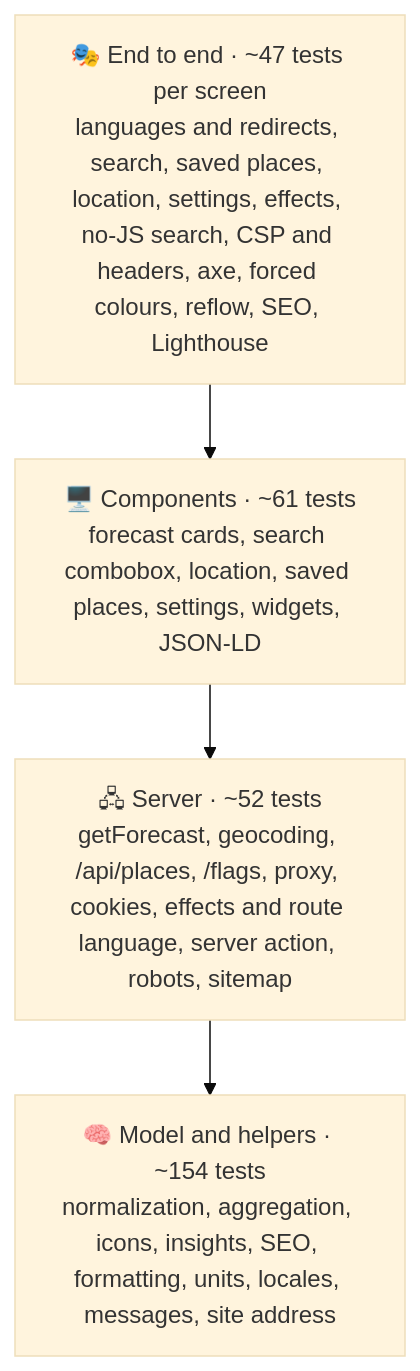
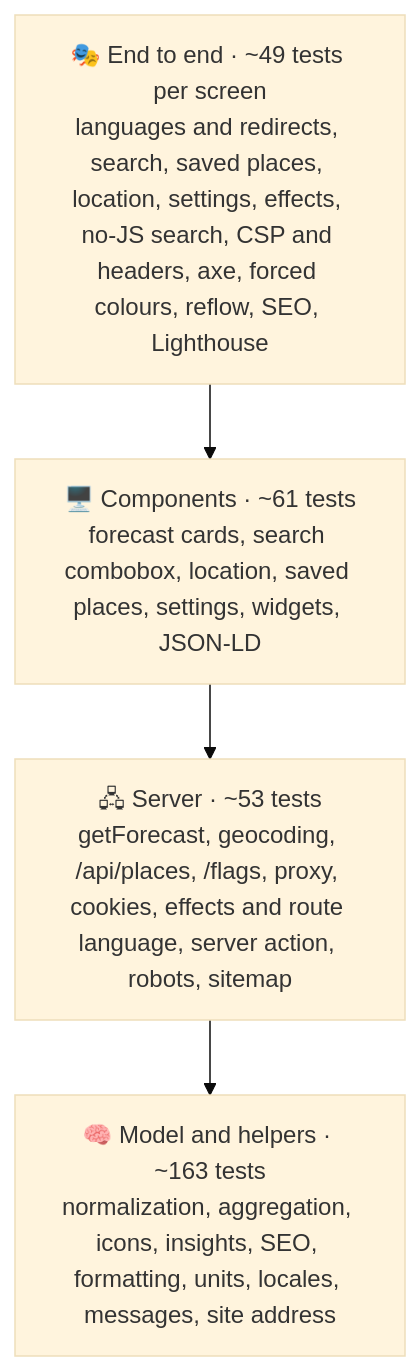
One commit to sacrificed666/next-weather-app changed the first of 2 diagrams in docs/testing.md. Above: the diagram before and after it, drawn with Mermaid (base theme). The commit also changed other lines of this file and 143 other files, not shown here.

First line of the commit message:
feat: implement user preferences management with themes, units, and effects

````diff
--- a/docs/testing.md
+++ b/docs/testing.md
@@ -32,8 +32,8 @@
 ```mermaid
 flowchart TB
-  E2E["🎭 End to end · ~47 tests per screen<br/>languages and redirects, search, saved places, location, settings, effects, no-JS search, CSP and headers, axe, forced colours, reflow, SEO, Lighthouse"]
+  E2E["🎭 End to end · ~49 tests per screen<br/>languages and redirects, search, saved places, location, settings, effects, no-JS search, CSP and headers, axe, forced colours, reflow, SEO, Lighthouse"]
   UI["🖥️ Components · ~61 tests<br/>forecast cards, search combobox, location, saved places, settings, widgets, JSON-LD"]
-  Server["🖧 Server · ~52 tests<br/>getForecast, geocoding, /api/places, /flags, proxy, cookies, effects and route language, server action, robots, sitemap"]
-  Model["🧠 Model and helpers · ~154 tests<br/>normalization, aggregation, icons, insights, SEO, formatting, units, locales, messages, site address"]
+  Server["🖧 Server · ~53 tests<br/>getForecast, geocoding, /api/places, /flags, proxy, cookies, effects and route language, server action, robots, sitemap"]
+  Model["🧠 Model and helpers · ~163 tests<br/>normalization, aggregation, icons, insights, SEO, formatting, units, locales, messages, site address"]
   E2E --> UI --> Server --> Model
 ```
````
